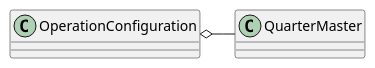
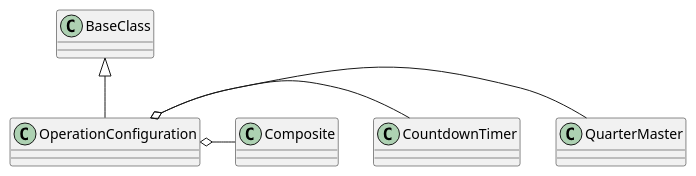
One commit to russell-n/theape changed the fifth of 7 diagrams in ape/plugins/apeplugin.rst. Above: the diagram before and after it, drawn with PlantUML. The commit also changed other lines of this file and 29 other files, not shown here.

```diff
--- a/ape/plugins/apeplugin.rst
+++ b/ape/plugins/apeplugin.rst
@@ -185,3 +194,6 @@
 .. uml::
 
+   BaseClass <|-- OperationConfiguration
    OperationConfiguration o- QuarterMaster
+   OperationConfiguration o- CountdownTimer
+   OperationConfiguration o- Composite
```
